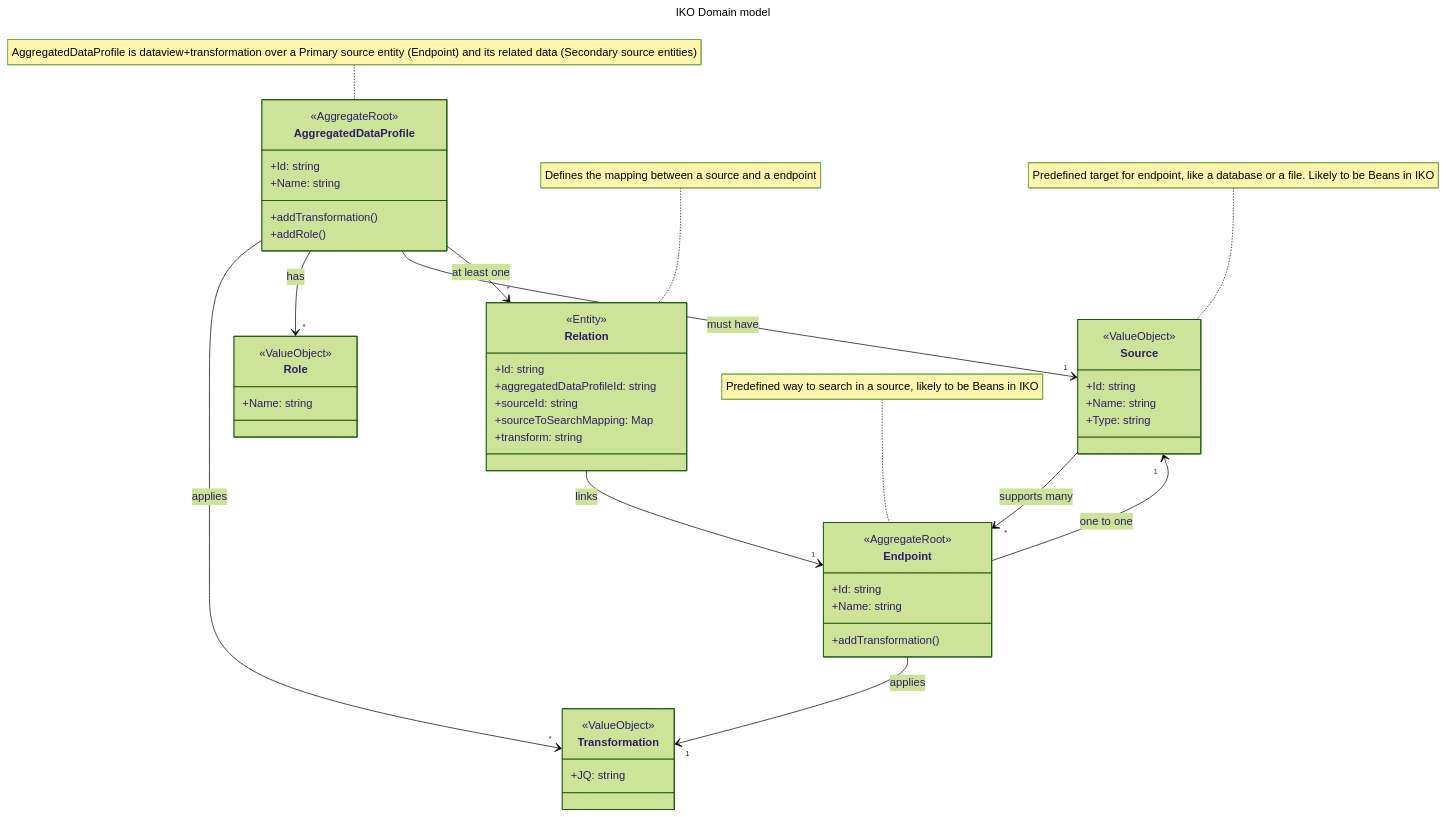
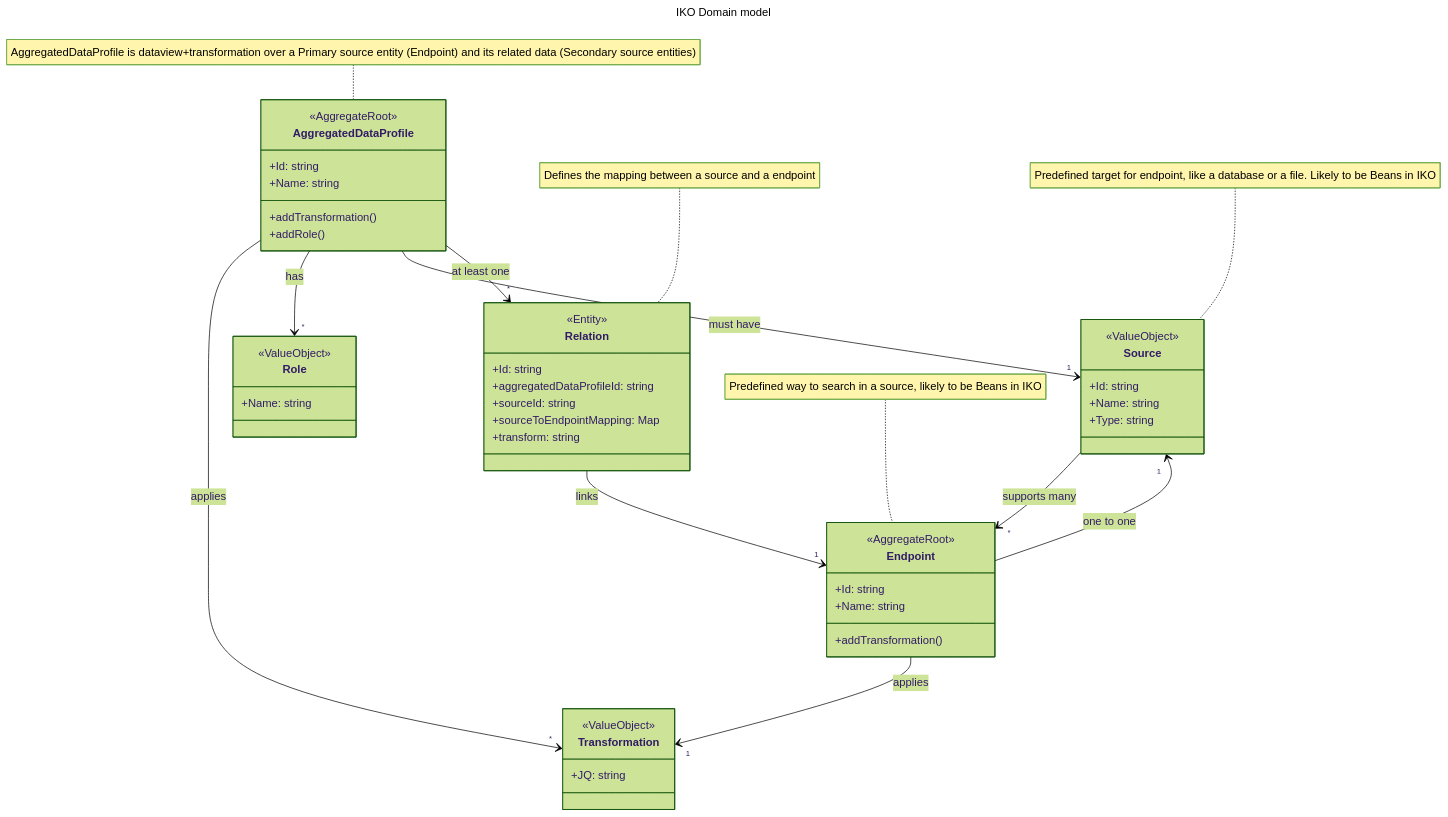
Before and after one commit to Integraal-Klant-en-Objectbeeld/iko: the diagram in domain.mmd, drawn with Mermaid (forest theme). The commit also changed 10 other files, not shown here.

```diff
--- a/domain.mmd
+++ b/domain.mmd
@@ -1,76 +1,76 @@
 ---
 title: IKO Domain model
 ---
 classDiagram
     note for Relation "Defines the mapping between a source and a endpoint"
     note for Endpoint "Predefined way to search in a source, likely to be Beans in IKO"
     note for AggregatedDataProfile "AggregatedDataProfile is dataview+transformation over a Primary source entity (Endpoint) and its related data (Secondary source entities)"
     note for Source "Predefined target for endpoint, like a database or a file. Likely to be Beans in IKO"
 
     class AggregatedDataProfile {
         +Id: string
         +Name: string
         +addTransformation()
         +addRole()
     }
 
     class Role {
         +Name: string
     }
 
     class Transformation {
         +JQ: string
     }
 
     class Endpoint {
         +Id: string
         +Name: string
         +addTransformation()
     }
 
     class Relation {
         +Id: string
         +aggregatedDataProfileId: string
         +sourceId: string
-        +sourceToSearchMapping: Map<string, string>
+        +sourceToEndpointMapping: Map<string, string>
         +transform: string
     }
 
     class Source {
         +Id: string
         +Name: string
         +Type: string
     }
 
     AggregatedDataProfile --> "*" Transformation: applies
     AggregatedDataProfile --> "*" Role: has
     AggregatedDataProfile --> "1" Source: must have
     AggregatedDataProfile --> "*" Relation: at least one
     Endpoint --> "1" Source: one to one
     Source --> "*" Endpoint: supports many
     Endpoint --> "1" Transformation: applies
     Relation --> "1" Endpoint: links
 
     class AggregatedDataProfile {
         <<AggregateRoot>>
     }
 
     class Endpoint {
         <<AggregateRoot>>
     }
 
     class Transformation {
         <<ValueObject>>
     }
 
     class Role {
         <<ValueObject>>
     }
 
     class Relation {
         <<Entity>>
     }
 
     class Source {
         <<ValueObject>>
     }
```
